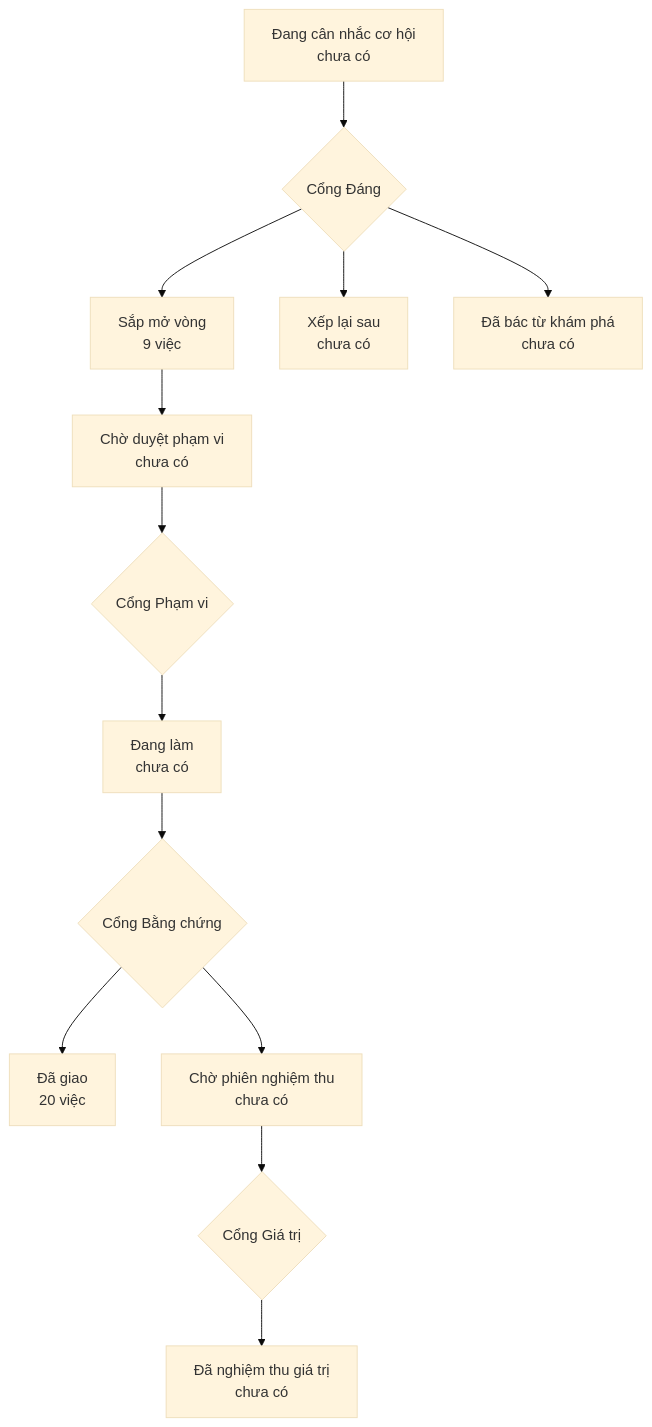
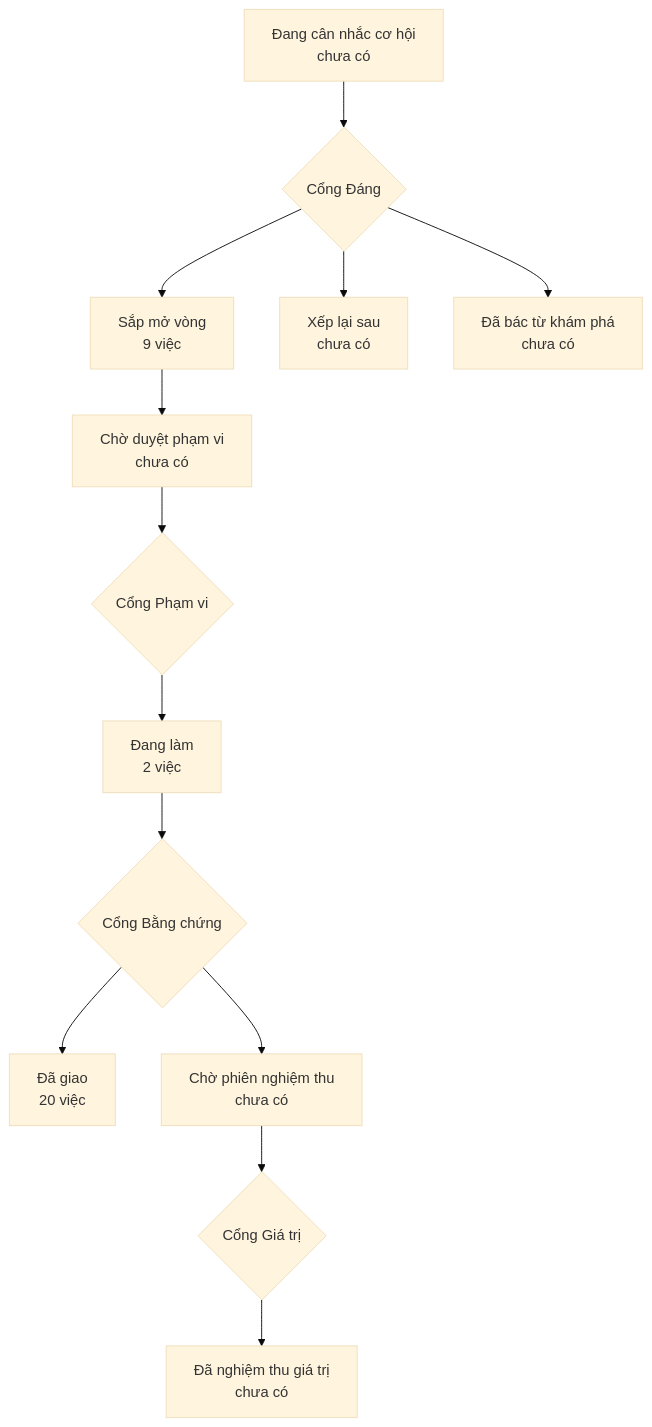
The diagram in PRODUCT-MAP.md (phanlemanh/onehub-invest), drawn with Mermaid (base theme) before and after one commit. The commit also changed other lines of this file and 9 other files, not shown here.

````diff
--- a/PRODUCT-MAP.md
+++ b/PRODUCT-MAP.md
@@ -7,12 +7,12 @@
 ```mermaid
 flowchart TD
   A["Đang cân nhắc cơ hội<br/>chưa có"] --> GD{"Cổng Đáng"}
   GD --> B["Sắp mở vòng<br/>9 việc"]
   GD --> XL["Xếp lại sau<br/>chưa có"]
   GD --> DB["Đã bác từ khám phá<br/>chưa có"]
   B --> CD["Chờ duyệt phạm vi<br/>chưa có"] --> GP{"Cổng Phạm vi"}
-  GP --> DL["Đang làm<br/>chưa có"] --> GB{"Cổng Bằng chứng"}
+  GP --> DL["Đang làm<br/>2 việc"] --> GB{"Cổng Bằng chứng"}
   GB --> DG["Đã giao<br/>20 việc"]
   GB --> CN["Chờ phiên nghiệm thu<br/>chưa có"] --> GG{"Cổng Giá trị"}
   GG --> NT["Đã nghiệm thu giá trị<br/>chưa có"]
 ```
````
